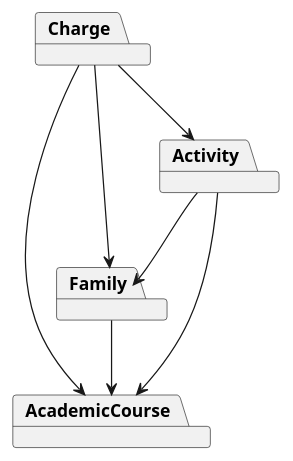
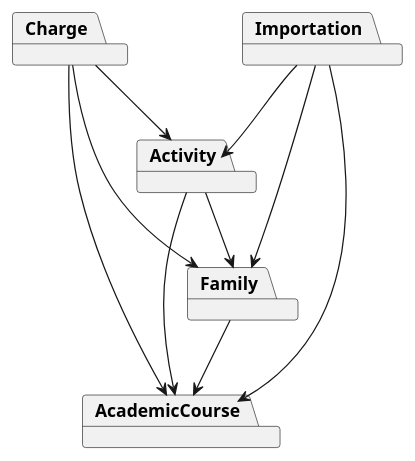
One commit to IgnacioMaestro/ampa-manager changed the diagram in doc/DomainModelDiagram/DomainModelDiagram.puml. Above: the diagram before and after it, drawn with PlantUML.

Commit message:
feat: add new package in doc

```diff
--- a/doc/DomainModelDiagram/DomainModelDiagram.puml
+++ b/doc/DomainModelDiagram/DomainModelDiagram.puml
@@ -1,13 +1,17 @@
 @startuml
 package AcademicCourse
 package Family
 package Activity
 package Charge
+package Importation
 
 Charge --> Family
 Activity --> Family
 Activity --> AcademicCourse
 Family --> AcademicCourse
 Charge --> Activity
 Charge --> AcademicCourse
+Importation --> Activity
+Importation --> Family
+Importation --> AcademicCourse
 @enduml
```
